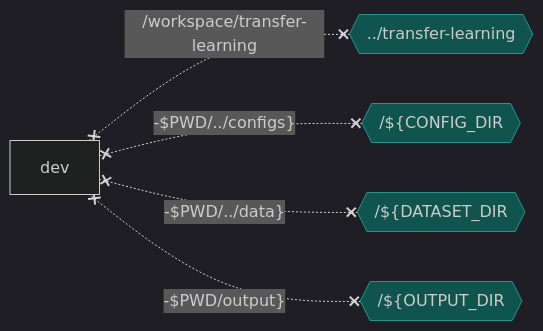
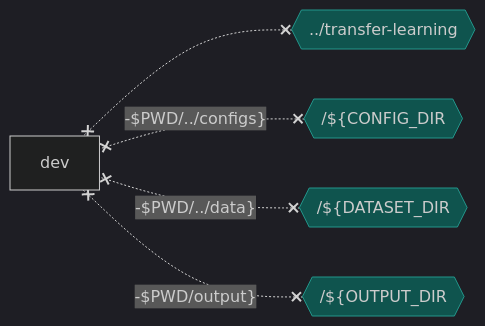
The second of 2 diagrams in README.md (intel/visual-quality-inspection), drawn with Mermaid before and after one commit.

Commit message:
remove default from static path in dev

````diff
--- a/README.md
+++ b/README.md
@@ -117,11 +117,11 @@
 ```mermaid
 %%{init: {'theme': 'dark'}}%%
 flowchart RL
-  Vtransferlearning{{../transfer-learning}} x-. /workspace/transfer-learning .-x dev
+  Vtransferlearning{{../transfer-learning}} x-.-x dev
   VCONFIGDIR{{"/${CONFIG_DIR"}} x-. "-$PWD/../configs}" .-x dev
   VDATASETDIR{{"/${DATASET_DIR"}} x-. "-$PWD/../data}" .-x dev
   VOUTPUTDIR{{"/${OUTPUT_DIR"}} x-. "-$PWD/output}" .-x dev
 
   classDef volumes fill:#0f544e,stroke:#23968b
   class Vtransferlearning,VCONFIGDIR,VDATASETDIR,VOUTPUTDIR volumes
 ```
````
